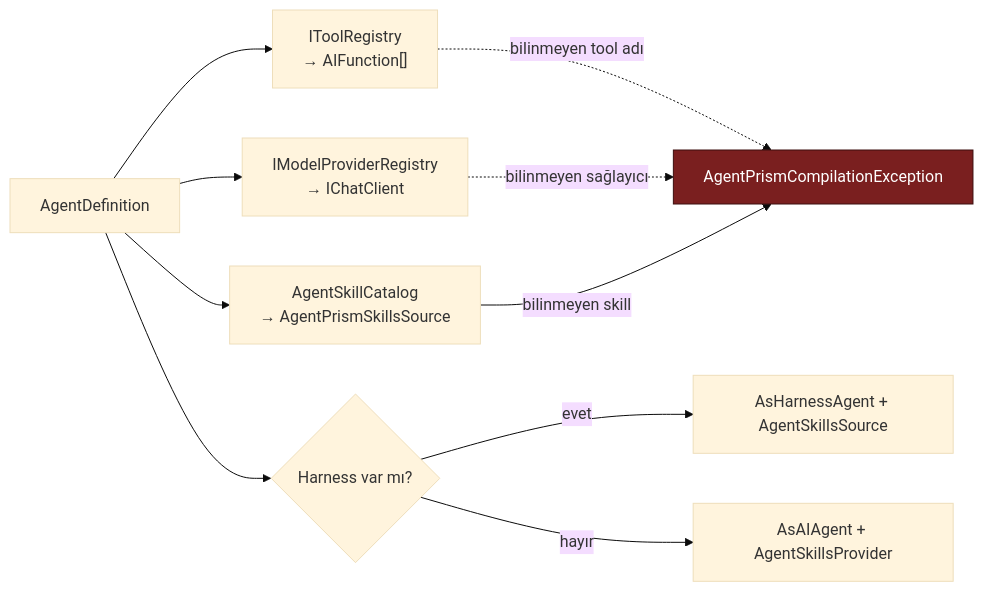
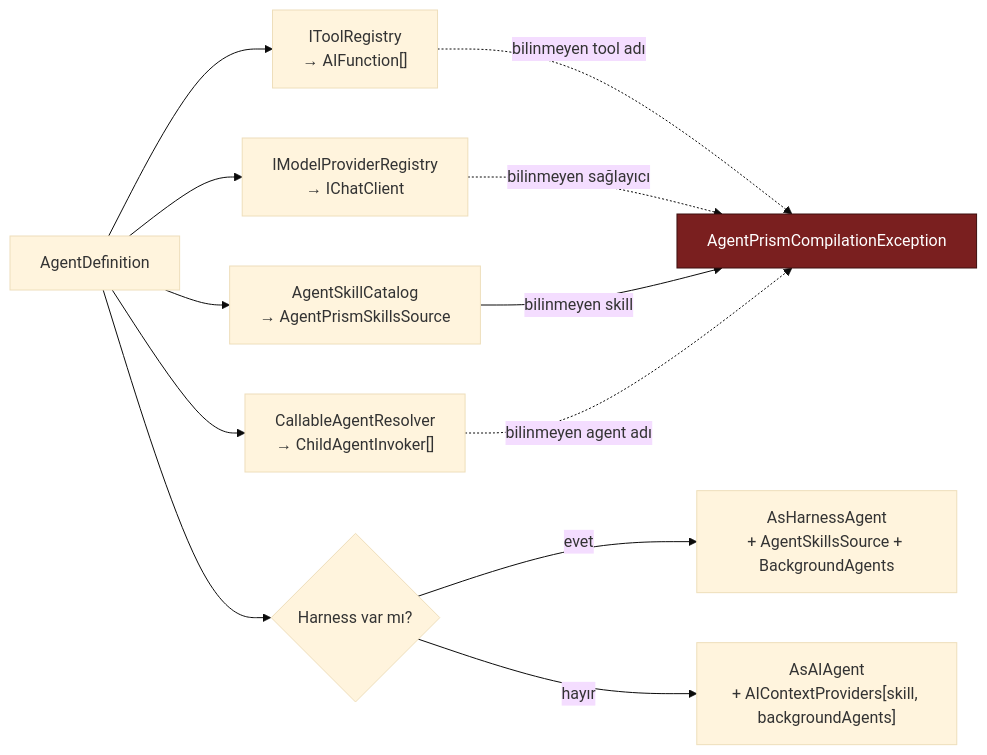
The sixth of 11 diagrams in docs/MIMARI.md (farukatasoy/Tracon), drawn with Mermaid (base theme) before and after one commit. The commit also changed other lines of this file and 69 other files, not shown here.

````diff
--- a/docs/MIMARI.md
+++ b/docs/MIMARI.md
@@ -660,15 +708,17 @@
 ```mermaid
 flowchart LR
     D["AgentDefinition"] --> M["IModelProviderRegistry<br/>→ IChatClient"]
     D --> T["IToolRegistry<br/>→ AIFunction[]"]
     D --> S["AgentSkillCatalog<br/>→ AgentPrismSkillsSource"]
+    D --> G["CallableAgentResolver<br/>→ ChildAgentInvoker[]"]
     D --> H{"Harness var mı?"}
     T -.->|"bilinmeyen tool adı"| E["AgentPrismCompilationException"]
     M -.->|"bilinmeyen sağlayıcı"| E
     S -->|"bilinmeyen skill"| E
-    H -->|"evet"| HA["AsHarnessAgent + AgentSkillsSource"]
-    H -->|"hayır"| CA["AsAIAgent + AgentSkillsProvider"]
+    G -.->|"bilinmeyen agent adı"| E
+    H -->|"evet"| HA["AsHarnessAgent<br/>+ AgentSkillsSource + BackgroundAgents"]
+    H -->|"hayır"| CA["AsAIAgent<br/>+ AIContextProviders[skill, backgroundAgents]"]
 
     classDef hata fill:#7a1f1f,stroke:#3d0f0f,color:#ffffff
     class E hata
 ```
````
